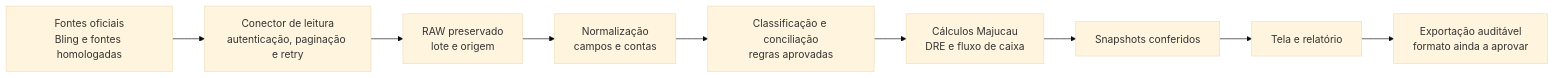
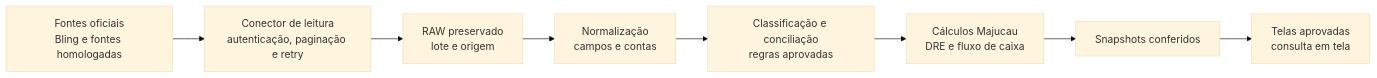
One commit to guilhermejacyzin/majucau changed the diagram in docs/planejamento/RELATORIOS-CATALOGO-RASCUNHO-2026-10-04.md. Above: the diagram before and after it, drawn with Mermaid (base theme). The commit also changed other lines of this file and 1 other file, not shown here.

First line of the commit message:
docs(reports): follow executive dashboard sequence

```diff
--- a/docs/planejamento/RELATORIOS-CATALOGO-RASCUNHO-2026-10-04.md
+++ b/docs/planejamento/RELATORIOS-CATALOGO-RASCUNHO-2026-10-04.md
@@ -9,11 +9,10 @@
 ~~~mermaid
 flowchart LR
   A["Fontes oficiais<br/>Bling e fontes homologadas"] --> B["Conector de leitura<br/>autenticação, paginação e retry"]
   B --> C["RAW preservado<br/>lote e origem"]
   C --> D["Normalização<br/>campos e contas"]
   D --> E["Classificação e conciliação<br/>regras aprovadas"]
   E --> F["Cálculos Majucau<br/>DRE e fluxo de caixa"]
   F --> G["Snapshots conferidos"]
-  G --> H["Tela e relatório"]
-  H --> I["Exportação auditável<br/>formato ainda a aprovar"]
+  G --> H["Telas aprovadas<br/>consulta em tela"]
 ~~~
```
